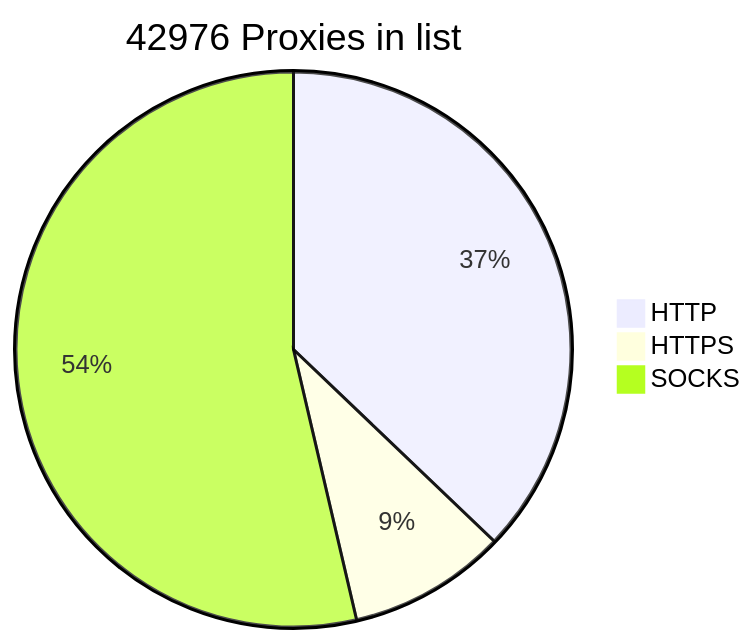
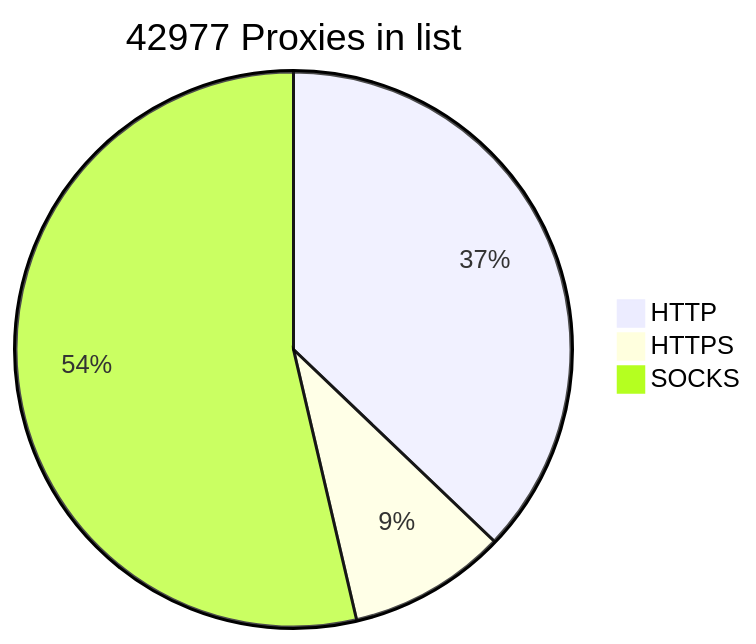
The diagram in README.md (BlackSnowDot/proxylist-update-every-minute), drawn with Mermaid before and after one commit.

````diff
--- a/README.md
+++ b/README.md
@@ -2,6 +2,6 @@
 ```mermaid
-pie title 42976 Proxies in list
+pie title 42977 Proxies in list
     "HTTP" : 17361
     "HTTPS": 4308
-    "SOCKS" : 25080
+    "SOCKS" : 25081
 ```
````
